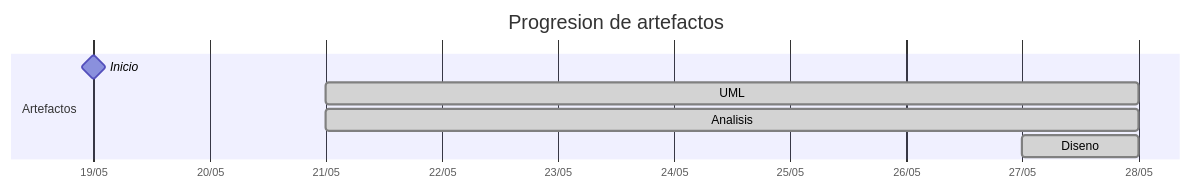
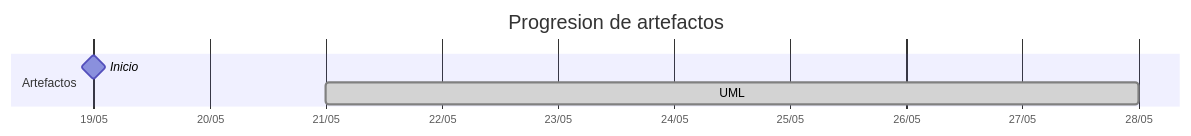
Before and after one commit to carlos-alvarado-25/25-26-idsw2-sdVC: the diagram in TIMELINES/martinlopez7.md, drawn with Mermaid. The commit also changed other lines of this file and 2 other files, not shown here.

````diff
--- a/TIMELINES/martinlopez7.md
+++ b/TIMELINES/martinlopez7.md
@@ -18,11 +18,9 @@
 ```mermaid
 gantt
     title Progresion de artefactos
     dateFormat YYYY-MM-DD
     axisFormat %d/%m
     section Artefactos
         Inicio       :milestone, 2026-05-19, 0d
         UML          :done, 2026-05-21, 2026-05-28
-        Analisis     :done, 2026-05-21, 2026-05-28
-        Diseno       :done, 2026-05-27, 2026-05-28
 ```
````
